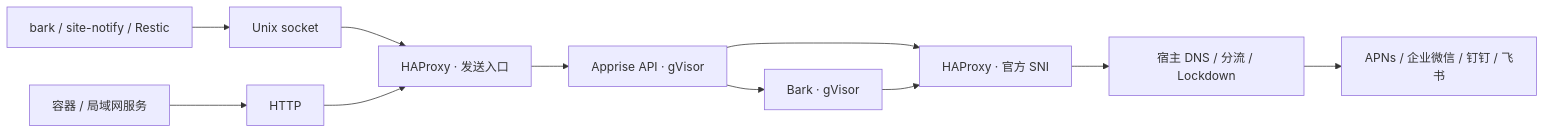
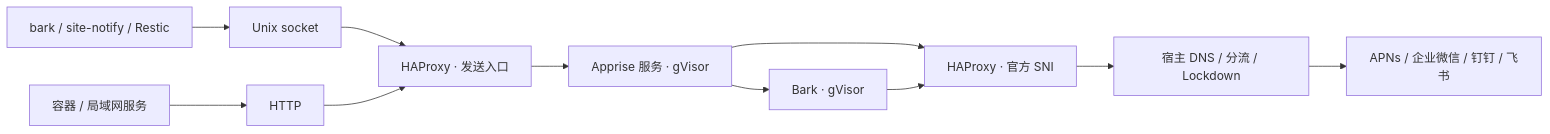
The diagram in docs/notifications.md (hellodword/nixos-config), drawn with Mermaid before and after one commit. The commit also changed other lines of this file and 28 other files, not shown here.

````diff
--- a/docs/notifications.md
+++ b/docs/notifications.md
@@ -5,13 +5,13 @@
 ```mermaid
 flowchart LR
   C["bark / site-notify / Restic"] --> U["Unix socket"]
   D["容器 / 局域网服务"] --> H["HTTP"]
   U --> P["HAProxy · 发送入口"]
   H --> P
-  P --> A["Apprise API · gVisor"]
+  P --> A["Apprise 服务 · gVisor"]
   A --> B["Bark · gVisor"]
   A --> R["HAProxy · 官方 SNI"]
   B --> R
   R --> N["宿主 DNS / 分流 / Lockdown"]
   N --> O["APNs / 企业微信 / 钉钉 / 飞书"]
 ```
````
